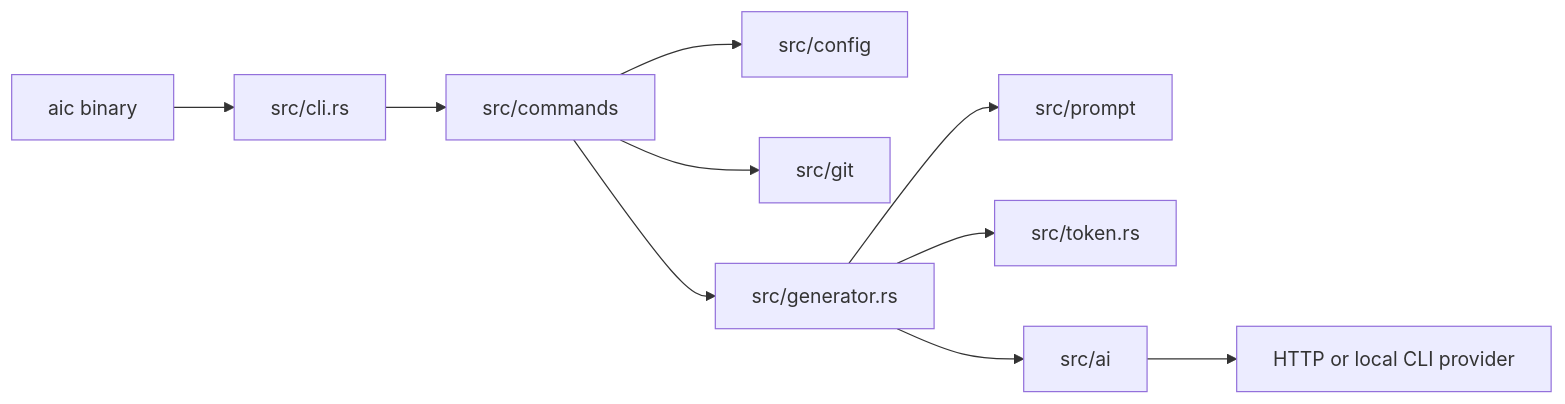
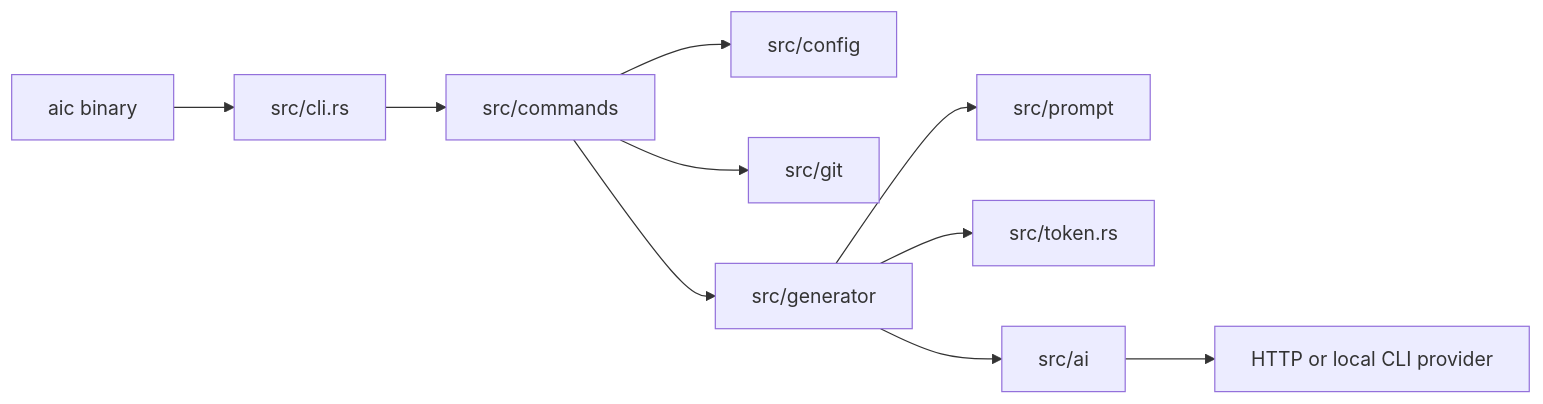
One commit to russmckendrick/aicommit changed the first of 2 diagrams in docs/architecture.md. Above: the diagram before and after it, drawn with Mermaid. The commit also changed other lines of this file and 1 other file, not shown here.

First line of the commit message:
📝 docs(architecture): reflect folderized generator modules

````diff
--- a/docs/architecture.md
+++ b/docs/architecture.md
@@ -20,12 +20,12 @@
 ```mermaid
 flowchart LR
     Bin["aic binary"] --> Cli["src/cli.rs"]
     Cli --> Commands["src/commands"]
     Commands --> Config["src/config"]
     Commands --> Git["src/git"]
-    Commands --> Generator["src/generator.rs"]
+    Commands --> Generator["src/generator"]
     Generator --> Prompt["src/prompt"]
     Generator --> Token["src/token.rs"]
     Generator --> Ai["src/ai"]
     Ai --> Provider["HTTP or local CLI provider"]
 ```
````
